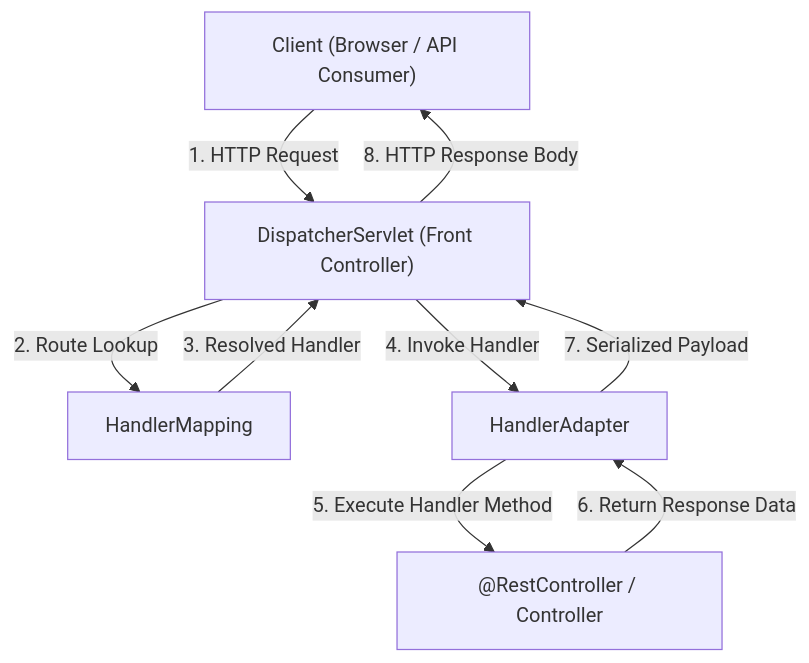
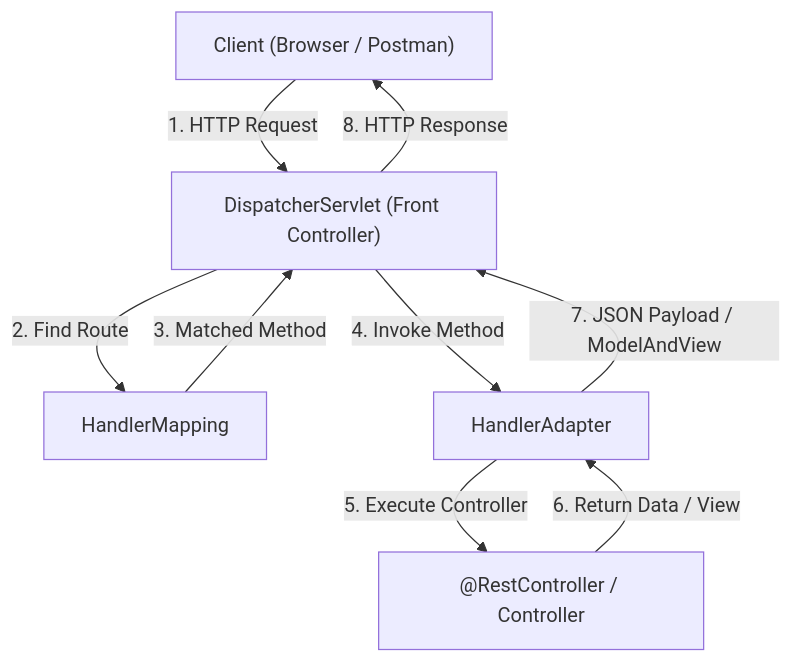
One commit to sakousa856-sketch/java-spring-for-developers-khmer changed the diagram in 04-spring-boot/02-spring-core-concept/09-dispatcherservlet/README.md. Above: the diagram before and after it, drawn with Mermaid. The commit also changed other lines of this file and 290 other files, not shown here.

````diff
--- a/04-spring-boot/02-spring-core-concept/09-dispatcherservlet/README.md
+++ b/04-spring-boot/02-spring-core-concept/09-dispatcherservlet/README.md
@@ -19,11 +17,12 @@
 ```mermaid
 flowchart TD
-    Client["Client (Browser / API Consumer)"] -->|1. HTTP Request| DS["DispatcherServlet (Front Controller)"]
-    DS -->|2. Route Lookup| HM["HandlerMapping"]
-    HM -->|3. Resolved Handler| DS
-    DS -->|4. Invoke Handler| HA["HandlerAdapter"]
-    HA -->|5. Execute Handler Method| Ctrl["@RestController / Controller"]
-    Ctrl -->|6. Return Response Data| HA
-    HA -->|7. Serialized Payload| DS
-    DS -->|8. HTTP Response Body| Client
+    Client["Client (Browser / Postman)"] -->|1. HTTP Request| DS["DispatcherServlet (Front Controller)"]
+    DS -->|2. Find Route| HM["HandlerMapping"]
+    HM -->|3. Matched Method| DS
+    DS -->|4. Invoke Method| HA["HandlerAdapter"]
+    HA -->|5. Execute Controller| Ctrl["@RestController / Controller"]
+    Ctrl -->|6. Return Data / View| HA
+    HA -->|7. JSON Payload / ModelAndView| DS
+    DS -->|8. HTTP Response| Client
+
 ```
````
